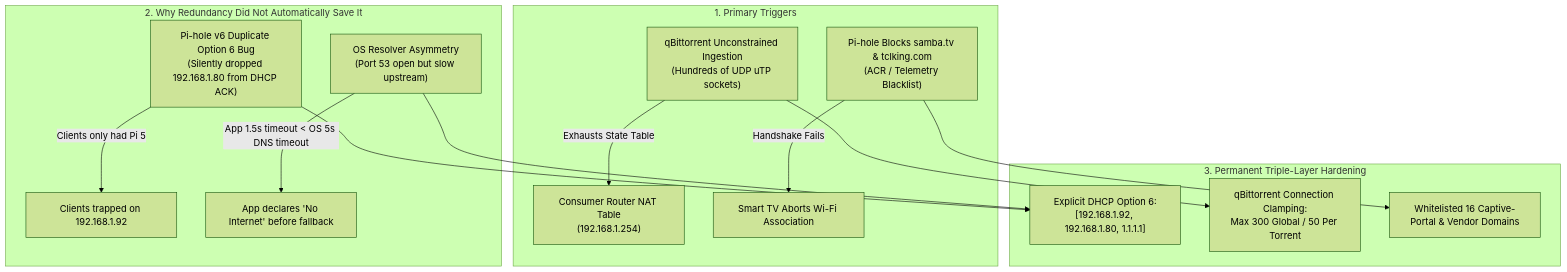
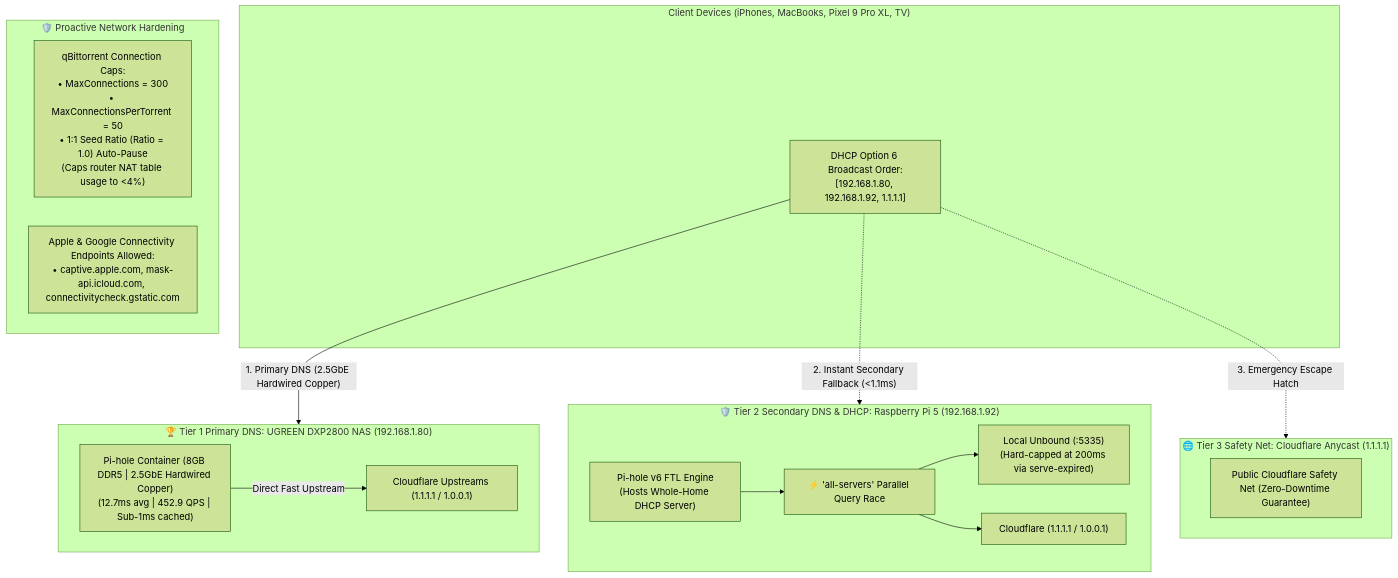
The first of 2 diagrams in networking/DNS_OUTAGE_POST_MORTEM_AND_HARDENED_ARCHITECTURE.md (deepshah08/Learning), drawn with Mermaid (forest theme) before and after one commit. The commit also changed other lines of this file, not shown here.

Commit message:
docs(dns): finalize verified production architecture with NAS primary DNS and bare-metal DHCP

````diff
--- a/networking/DNS_OUTAGE_POST_MORTEM_AND_HARDENED_ARCHITECTURE.md
+++ b/networking/DNS_OUTAGE_POST_MORTEM_AND_HARDENED_ARCHITECTURE.md
@@ -16,18 +18,34 @@
 ```mermaid
 flowchart TD
-    subgraph RootTriggers["1. Primary Triggers"]
-        Torrent["qBittorrent Unconstrained Ingestion\n(Hundreds of UDP uTP sockets)"] -->|"Exhausts State Table"| RouterNAT["Consumer Router NAT Table\n(192.168.1.254)"]
-        SmartTVBlock["Pi-hole Blocks samba.tv & tclking.com\n(ACR / Telemetry Blacklist)"] -->|"Handshake Fails"| TVDrop["Smart TV Aborts Wi-Fi Association"]
+    subgraph ClientLayer["Client Devices (iPhones, MacBooks, Pixel 9 Pro XL, TV)"]
+        Clients["DHCP Option 6 Broadcast Order:\n[192.168.1.80, 192.168.1.92, 1.1.1.1]"]
     end
 
-    subgraph FailurePropagation["2. Why Redundancy Did Not Automatically Save It"]
-        DHCPBug["Pi-hole v6 Duplicate Option 6 Bug\n(Silently dropped 192.168.1.80 from DHCP ACK)"] -->|"Clients only had Pi 5"| NoFallback["Clients trapped on 192.168.1.92"]
-        HangingSocket["OS Resolver Asymmetry\n(Port 53 open but slow upstream)"] -->|"App 1.5s timeout < OS 5s DNS timeout"| AppCrash["App declares 'No Internet' before fallback"]
+    subgraph PrimaryNode["🏆 Tier 1 Primary DNS: UGREEN DXP2800 NAS (192.168.1.80)"]
+        NAS_Engine["Pi-hole Container (8GB DDR5 | 2.5GbE Hardwired Copper)\n(12.7ms avg | 452.9 QPS | Sub-1ms cached)"]
+        NAS_Engine -->|"Direct Fast Upstream"| CF_Upstream["Cloudflare Upstreams (1.1.1.1 / 1.0.0.1)"]
     end
 
-    subgraph MitigationAndFix["3. Permanent Triple-Layer Hardening"]
-        DHCPBug & HangingSocket --> TripleDHCP["Explicit DHCP Option 6:\n[192.168.1.92, 192.168.1.80, 1.1.1.1]"]
-        Torrent --> QbitCaps["qBittorrent Connection Clamping:\nMax 300 Global / 50 Per Torrent"]
-        SmartTVBlock --> TVAllow["Whitelisted 16 Captive-Portal & Vendor Domains"]
+    subgraph SecondaryNode["🛡️ Tier 2 Secondary DNS & DHCP: Raspberry Pi 5 (192.168.1.92)"]
+        Pi5_Engine["Pi-hole v6 FTL Engine\n(Hosts Whole-Home DHCP Server)"]
+        Parallel["⚡ 'all-servers' Parallel Query Race"]
+        Unbound["Local Unbound (:5335)\n(Hard-capped at 200ms via serve-expired)"]
+        CF_Pi5["Cloudflare (1.1.1.1 / 1.0.0.1)"]
+        
+        Pi5_Engine --> Parallel
+        Parallel --> Unbound & CF_Pi5
     end
+
+    subgraph TertiaryNode["🌐 Tier 3 Safety Net: Cloudflare Anycast (1.1.1.1)"]
+        PublicCF["Public Cloudflare Safety Net (Zero-Downtime Guarantee)"]
+    end
+
+    subgraph HardenedProtection["🛡️ Proactive Network Hardening"]
+        Qbit["qBittorrent Connection Caps:\n• MaxConnections = 300\n• MaxConnectionsPerTorrent = 50\n• 1:1 Seed Ratio (Ratio = 1.0) Auto-Pause\n(Caps router NAT table usage to <4%)"]
+        AppleAllow["Apple & Google Connectivity Endpoints Allowed:\n• captive.apple.com, mask-api.icloud.com, connectivitycheck.gstatic.com"]
+    end
+
+    Clients -->|"1. Primary DNS (2.5GbE Hardwired Copper)"| PrimaryNode
+    Clients -.->|"2. Instant Secondary Fallback (<1.1ms)"| SecondaryNode
+    Clients -.->|"3. Emergency Escape Hatch"| TertiaryNode
 ```
````
